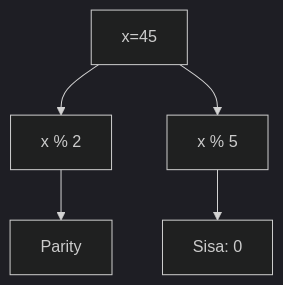
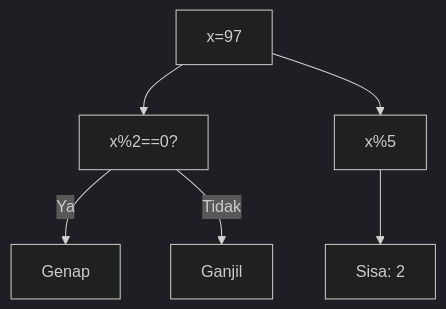
Before and after one commit to amnahwaida/OSNK_INF_PREP: the ninth of 25 diagrams in part-c-pemahaman-cpp/06-bitwise/latihan/set-08.md, drawn with Mermaid (dark theme). The commit also changed other lines of this file and 71 other files, not shown here.

Commit message:
Fixed Mermaid syntax lexical errors with quoted labels in 1,800 questions

````diff
--- a/part-c-pemahaman-cpp/06-bitwise/latihan/set-08.md
+++ b/part-c-pemahaman-cpp/06-bitwise/latihan/set-08.md
@@ -174,7 +278,8 @@
 ```mermaid
 graph TD
-A[x=45] --> B[x % 2]
-B --> C[Parity]
-A --> D[x % 5]
-D --> E[Sisa: 0]
+A["x=97"] --> B["x%2==0?"]
+B -- Ya --> C["Genap"]
+B -- Tidak --> D["Ganjil"]
+A --> E["x%5"]
+E --> F["Sisa: 2"]
 ```
````
